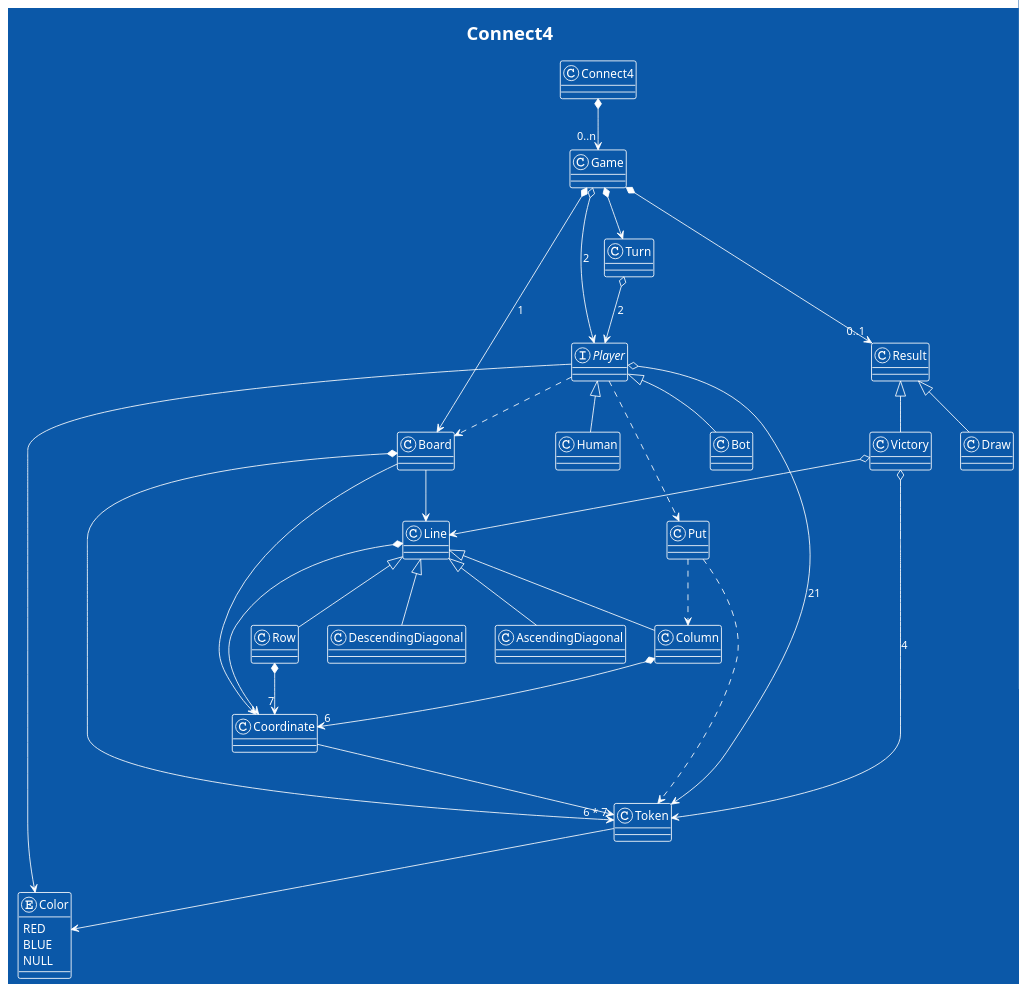
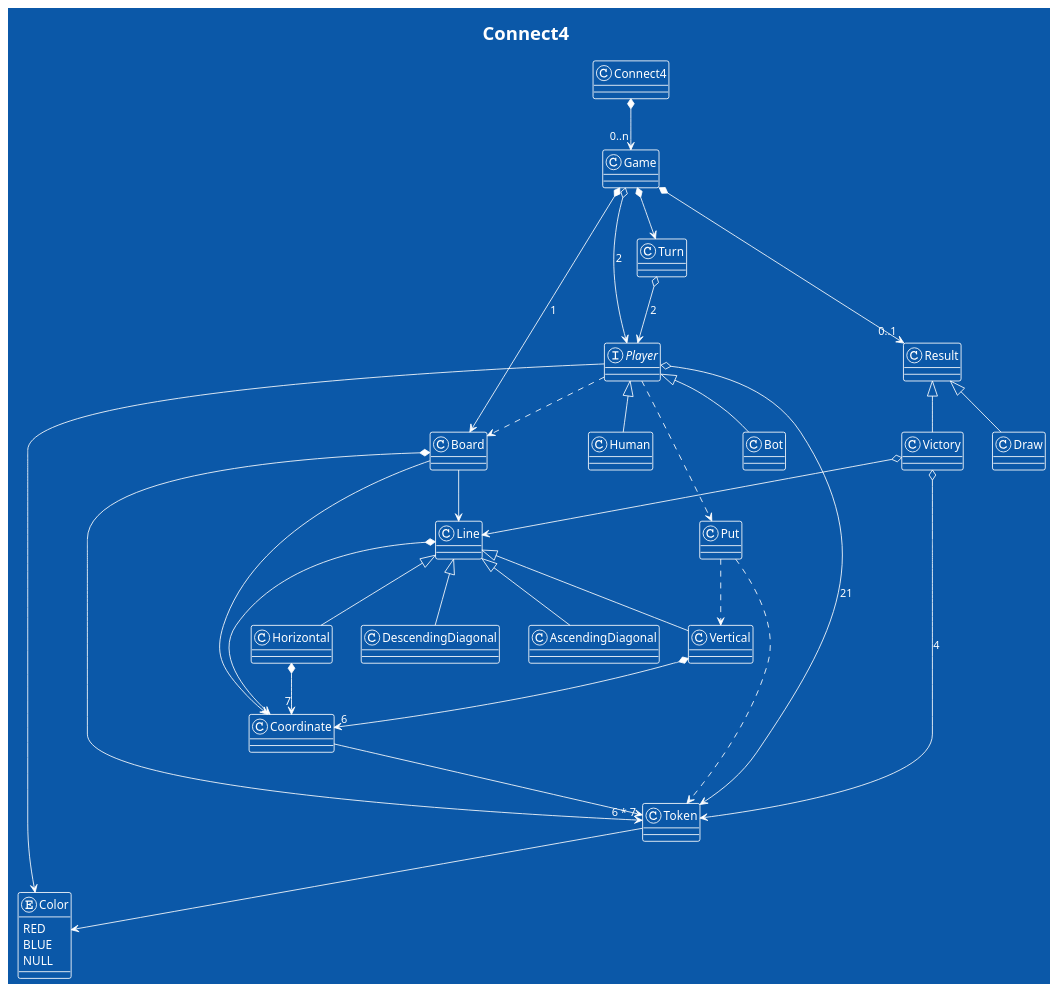
The diagram in docs/model-diagram.plantuml (MarioRP-01/connect-four), drawn with PlantUML before and after one commit. The commit also changed 4 other files, not shown here.

Commit message:
Rename direction Row and Column to Horizontal and Vertical

```diff
--- a/docs/model-diagram.plantuml
+++ b/docs/model-diagram.plantuml
@@ -1,78 +1,78 @@
 @startuml
 !theme amiga
 
 skin rose
 
 title Connect4
 
 class Connect4
 class Game
 interface Player
 class Bot
 class Human
 class Board
 class Coordinate
 class Line
-class Row
-class Column
+class Horizontal
+class Vertical
 class AscendingDiagonal
 class DescendingDiagonal
 class Turn
 class Token
 class Put
 
 
 
 class Result
 class Draw
 class Victory
 
 Connect4 *--> "0..n" Game
 
 Result <|-- Victory
 Result <|-- Draw
 
 Victory o--> Token : 4
 
 Victory o--> Line
 
-Put ..> Column
+Put ..> Vertical
 Put ..> Token
 
 Coordinate --> Token
 
 Game *--> "0..1" Result
 Game *--> Board : 1
 Game *--> Turn
 Game o--> Player : 2
 
 Board *--> "6 * 7" Token
 Board --> Coordinate
 Line *-->  Coordinate
 
 Board --> Line
-Line <|-- Row
-Line <|-- Column
+Line <|-- Horizontal
+Line <|-- Vertical
 Line <|-- AscendingDiagonal
 Line <|-- DescendingDiagonal
 
-Row *--> "7" Coordinate
-Column *--> "6" Coordinate
+Horizontal *--> "7" Coordinate
+Vertical *--> "6" Coordinate
 
 Player ..> Board
 Player ..> Put
 Player o--> Token : 21
 Player --> Color
 Player <|-- Bot
 Player <|-- Human
 
 Turn o--> Player : 2
 Token --> Color
 
 enum Color {
   RED
   BLUE
   NULL
 }
 
 @enduml
```
